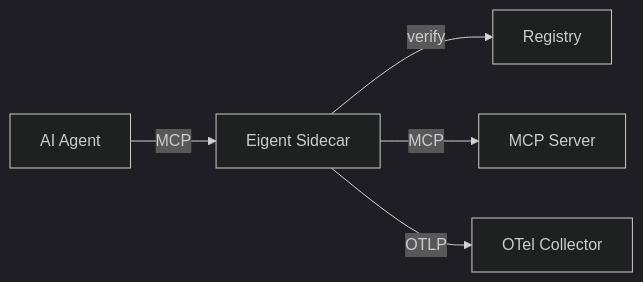
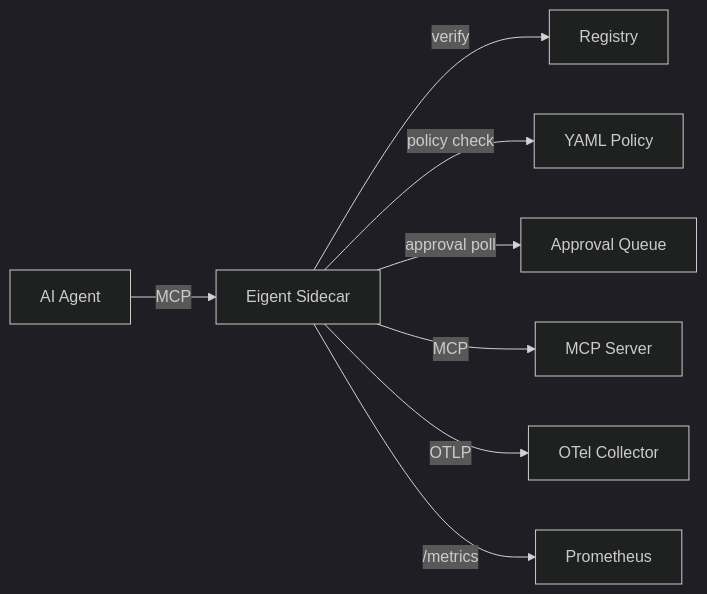
Before and after one commit to saichandrasekhar/Eigent: the diagram in mkdocs-docs/api/sidecar.md, drawn with Mermaid (dark theme). The commit also changed other lines of this file and 13 other files, not shown here.

````diff
--- a/mkdocs-docs/api/sidecar.md
+++ b/mkdocs-docs/api/sidecar.md
@@ -19,7 +19,10 @@
 ```mermaid
 graph LR
     Agent[AI Agent] -->|MCP| Sidecar[Eigent Sidecar]
     Sidecar -->|verify| Registry[Registry]
+    Sidecar -->|policy check| YAML[YAML Policy]
+    Sidecar -->|approval poll| Queue[Approval Queue]
     Sidecar -->|MCP| Server[MCP Server]
     Sidecar -->|OTLP| OTel[OTel Collector]
+    Sidecar -->|/metrics| Prom[Prometheus]
 ```
````
